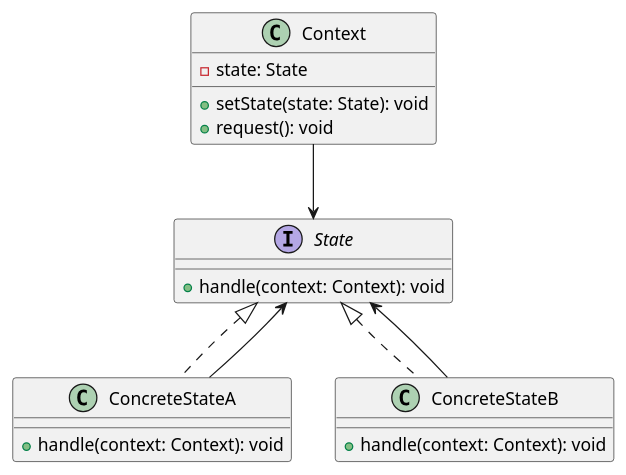
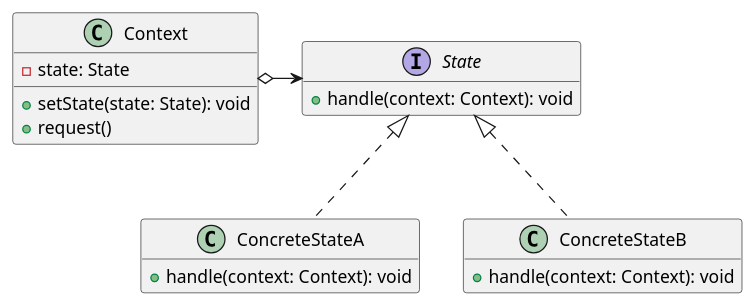
The diagram in patterns/state.pu (KubEF/architecture-learn-materials), drawn with PlantUML before and after one commit. The commit also changed 50 other files, not shown here.

Commit message:
Add and fix diagrams

```diff
--- a/patterns/state.pu
+++ b/patterns/state.pu
@@ -1,23 +1,24 @@
 @startuml state
+hide empty members
+
 interface State {
     +handle(context: Context): void
 }
 
 class ConcreteStateA implements State {
     +handle(context: Context): void
 }
 
 class ConcreteStateB implements State {
     +handle(context: Context): void
 }
 
 class Context {
     -state: State
     +setState(state: State): void
-    +request(): void
+    +request()
 }
 
-Context --> State
-ConcreteStateA --> State
-ConcreteStateB --> State
+Context o-> State
+
 @enduml
```
